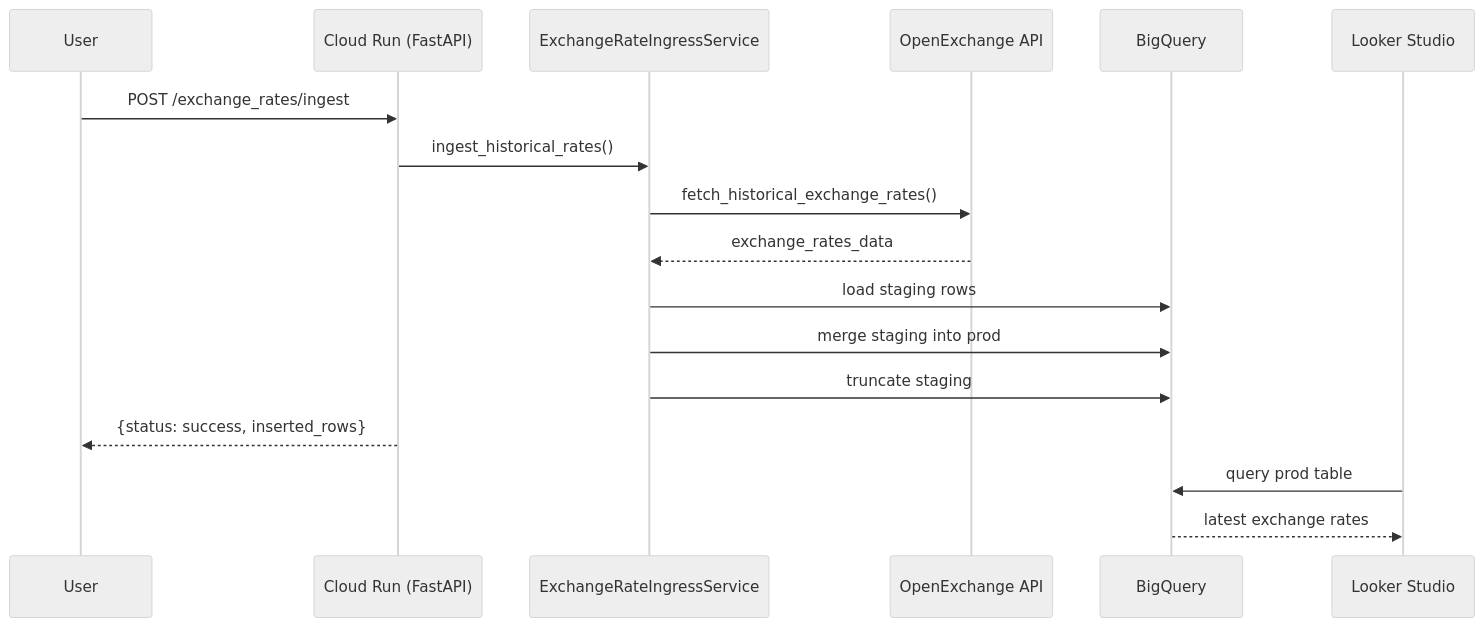
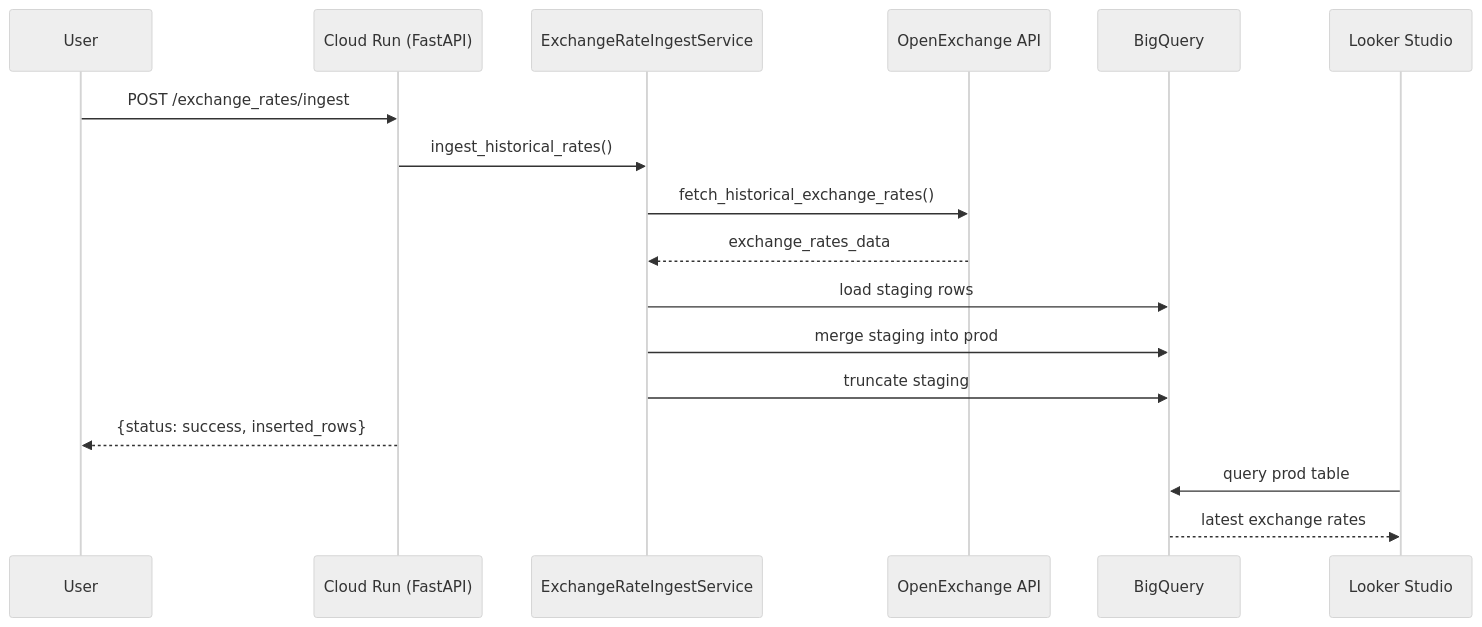
One commit to JustinMelger/exchange-rate-service changed the first of 2 diagrams in architecture.md. Above: the diagram before and after it, drawn with Mermaid (neutral theme). The commit also changed other lines of this file and 6 other files, not shown here.

````diff
--- a/architecture.md
+++ b/architecture.md
@@ -5,20 +5,20 @@
 ```mermaid
 sequenceDiagram
     participant User as User
     participant CloudRun as Cloud Run (FastAPI)
-    participant Ingress as ExchangeRateIngressService
+    participant Ingest as ExchangeRateIngestService
     participant OpenFX as OpenExchange API
     participant BQ as BigQuery
     participant Looker as Looker Studio
 
     User->>CloudRun: POST /exchange_rates/ingest
-    CloudRun->>Ingress: ingest_historical_rates()
-    Ingress->>OpenFX: fetch_historical_exchange_rates()
-    OpenFX-->>Ingress: exchange_rates_data
-    Ingress->>BQ: load staging rows
-    Ingress->>BQ: merge staging into prod
-    Ingress->>BQ: truncate staging
+    CloudRun->>Ingest: ingest_historical_rates()
+    Ingest->>OpenFX: fetch_historical_exchange_rates()
+    OpenFX-->>Ingest: exchange_rates_data
+    Ingest->>BQ: load staging rows
+    Ingest->>BQ: merge staging into prod
+    Ingest->>BQ: truncate staging
     CloudRun-->>User: {status: success, inserted_rows}
     Looker ->> BQ: query prod table
     BQ -->> Looker: latest exchange rates
 ```
````
